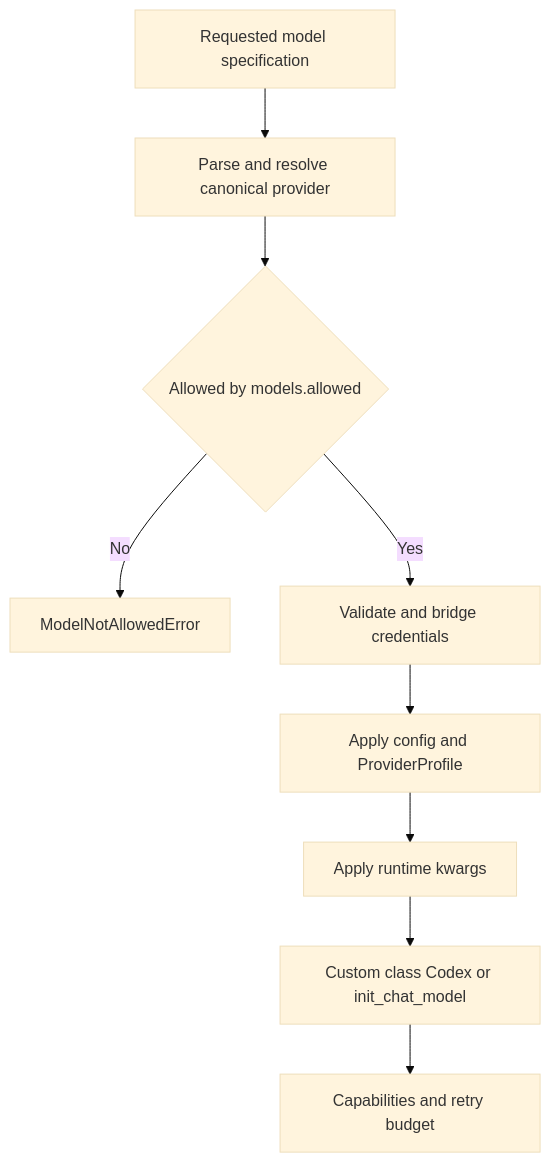
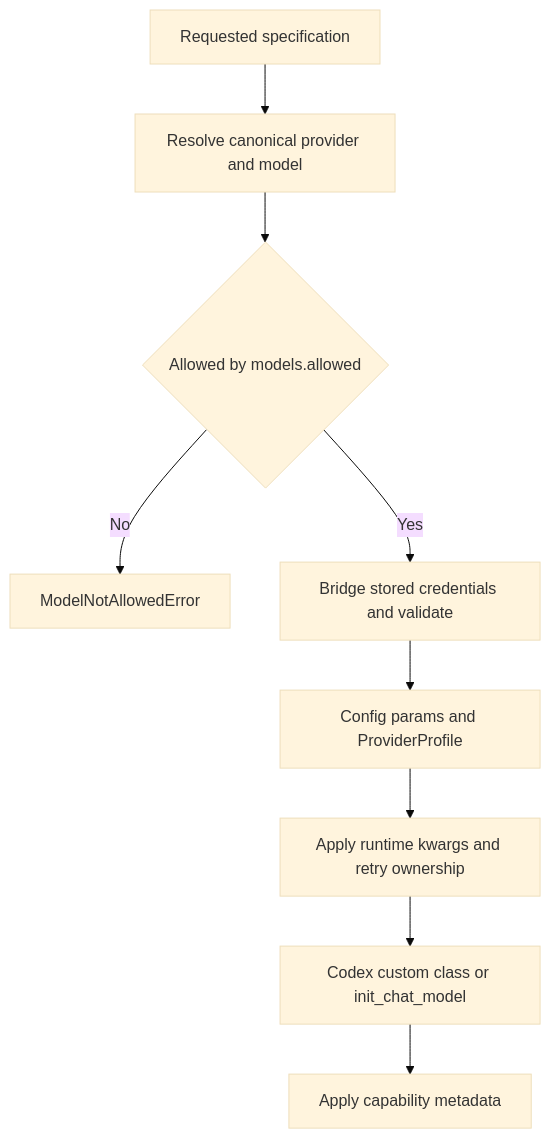
One commit to langchain-ai/deepagents changed the second of 2 diagrams in openwiki/concepts/profiles-models.md. Above: the diagram before and after it, drawn with Mermaid (base theme). The commit also changed other lines of this file and 33 other files, not shown here.

````diff
--- a/openwiki/concepts/profiles-models.md
+++ b/openwiki/concepts/profiles-models.md
@@ -122,11 +89,11 @@
 ```mermaid
 flowchart TD
-    Requested["Requested model specification"] --> Resolve["Parse and resolve canonical provider"]
-    Resolve --> Allowed{"Allowed by models.allowed"}
-    Allowed -->|No| Denied["ModelNotAllowedError"]
-    Allowed -->|Yes| Credential["Validate and bridge credentials"]
-    Credential --> Profile["Apply config and ProviderProfile"]
-    Profile --> Runtime["Apply runtime kwargs"]
-    Runtime --> Build["Custom class Codex or init_chat_model"]
-    Build --> Metadata["Capabilities and retry budget"]
+    Requested["Requested specification"] --> Canonical["Resolve canonical provider and model"]
+    Canonical --> Allowed{"Allowed by models.allowed"}
+    Allowed -->|No| Reject["ModelNotAllowedError"]
+    Allowed -->|Yes| Credentials["Bridge stored credentials and validate"]
+    Credentials --> BuildArgs["Config params and ProviderProfile"]
+    BuildArgs --> Runtime["Apply runtime kwargs and retry ownership"]
+    Runtime --> Construct["Codex custom class or init_chat_model"]
+    Construct --> Metadata["Apply capability metadata"]
 ```
````
